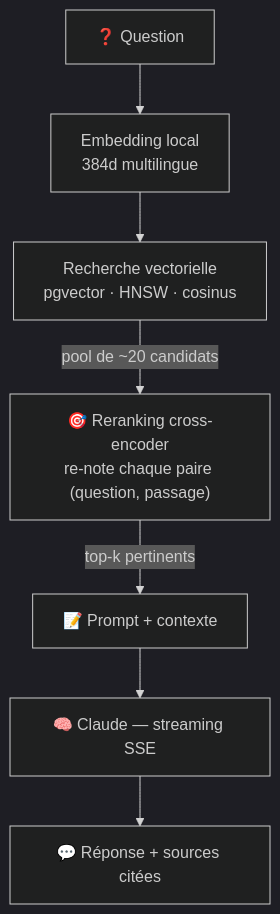
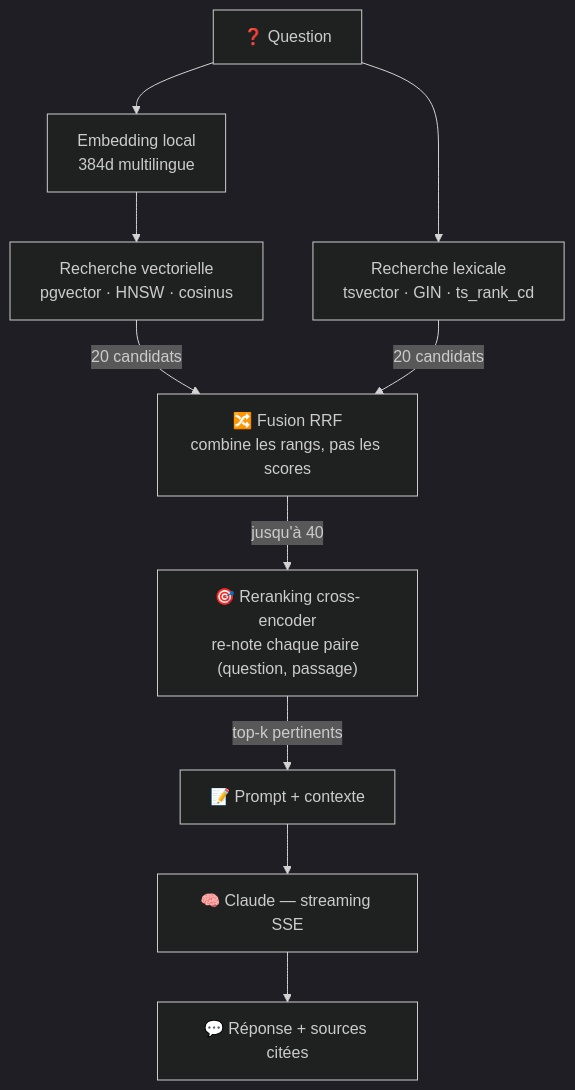
One commit to mrSvet0zar/rag-application changed the second of 2 diagrams in README.md. Above: the diagram before and after it, drawn with Mermaid (dark theme). The commit also changed other lines of this file and 20 other files, not shown here.

````diff
--- a/README.md
+++ b/README.md
@@ -68,9 +68,12 @@
 ```mermaid
 flowchart TD
     Q["❓ Question"] --> E["Embedding local<br/>384d multilingue"]
+    Q --> LX["Recherche lexicale<br/>tsvector · GIN · ts_rank_cd"]
     E --> VS["Recherche vectorielle<br/>pgvector · HNSW · cosinus"]
-    VS -->|"pool de ~20 candidats"| RR["🎯 Reranking cross-encoder<br/>re-note chaque paire (question, passage)"]
+    VS -->|"20 candidats"| F["🔀 Fusion RRF<br/>combine les rangs, pas les scores"]
+    LX -->|"20 candidats"| F
+    F -->|"jusqu'à 40"| RR["🎯 Reranking cross-encoder<br/>re-note chaque paire (question, passage)"]
     RR -->|"top-k pertinents"| P["📝 Prompt + contexte"]
     P --> C["🧠 Claude — streaming SSE"]
     C --> A["💬 Réponse + sources citées"]
 ```
````
